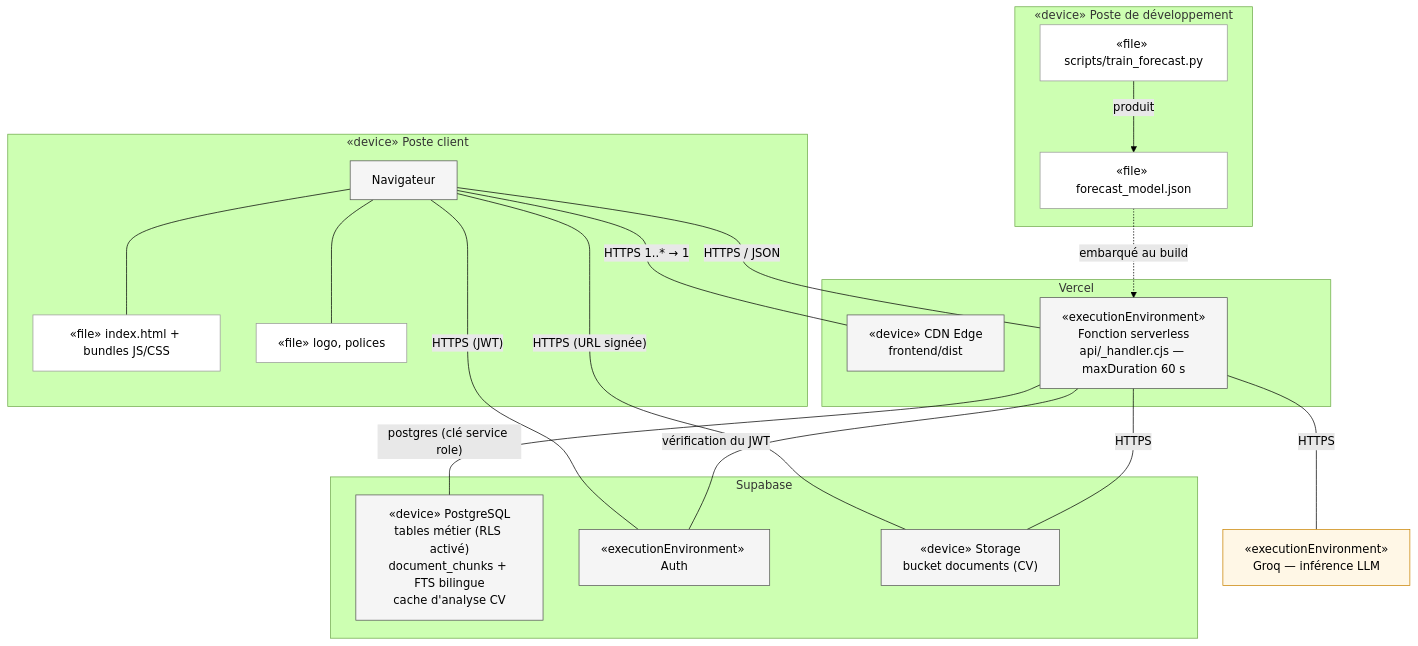
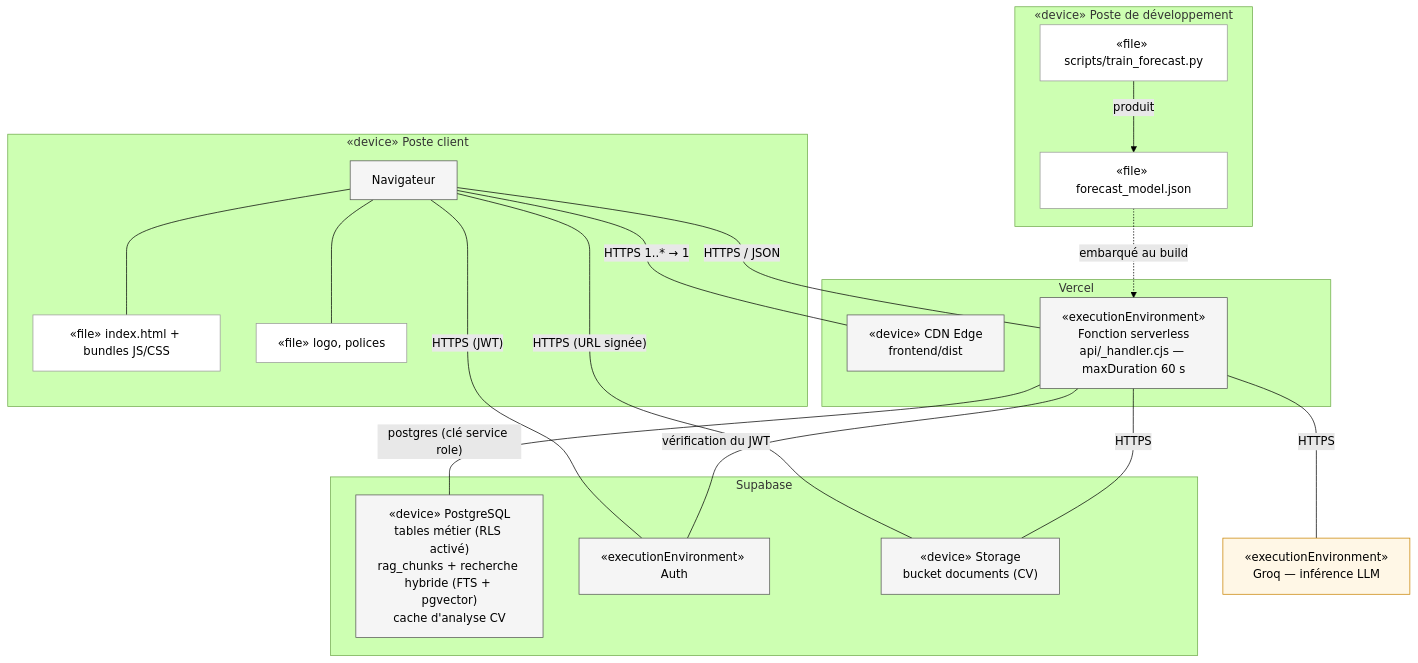
The diagram in docs/uml/mermaid/09-deploiement.mmd (Abdellahb9/PFA-V2), drawn with Mermaid (forest theme) before and after one commit. The commit also changed 4 other files, not shown here.

```diff
--- a/docs/uml/mermaid/09-deploiement.mmd
+++ b/docs/uml/mermaid/09-deploiement.mmd
@@ -1,46 +1,46 @@
 %% Déploiement en production — les noeuds sont rendus par des sous-graphes,
 %% les stéréotypes («device», «executionEnvironment») en texte.
 %% Version normative en PlantUML.
 flowchart TB
   classDef node fill:#f5f5f5,stroke:#555,color:#000
   classDef art fill:#fff,stroke:#999,color:#000
   classDef ext fill:#fff7e6,stroke:#C98300,color:#000
 
   subgraph CLIENT["«device» Poste client"]
     BROWSER["Navigateur"]:::node
     BUNDLE["«file» index.html + bundles JS/CSS"]:::art
     ASSETS["«file» logo, polices"]:::art
     BROWSER --- BUNDLE
     BROWSER --- ASSETS
   end
 
   subgraph VERCEL["Vercel"]
     CDN["«device» CDN Edge<br/>frontend/dist"]:::node
     FN["«executionEnvironment»<br/>Fonction serverless<br/>api/_handler.cjs — maxDuration 60 s"]:::node
   end
 
   subgraph SUPABASE["Supabase"]
-    PG["«device» PostgreSQL<br/>tables métier (RLS activé)<br/>document_chunks + FTS bilingue<br/>cache d'analyse CV"]:::node
+    PG["«device» PostgreSQL<br/>tables métier (RLS activé)<br/>rag_chunks + recherche hybride (FTS + pgvector)<br/>cache d'analyse CV"]:::node
     AUTH["«executionEnvironment» Auth"]:::node
     STORAGE["«device» Storage<br/>bucket documents (CV)"]:::node
   end
 
   GROQC["«executionEnvironment»<br/>Groq — inférence LLM"]:::ext
 
   subgraph DEV["«device» Poste de développement"]
     TRAIN["«file» scripts/train_forecast.py"]:::art
     MODEL["«file» forecast_model.json"]:::art
     TRAIN -->|produit| MODEL
   end
 
   BROWSER ---|"HTTPS  1..* → 1"| CDN
   BROWSER ---|"HTTPS / JSON"| FN
   BROWSER ---|"HTTPS (JWT)"| AUTH
   BROWSER ---|"HTTPS (URL signée)"| STORAGE
 
   FN ---|"postgres (clé service role)"| PG
   FN ---|HTTPS| STORAGE
   FN ---|"vérification du JWT"| AUTH
   FN ---|HTTPS| GROQC
 
   MODEL -.->|embarqué au build| FN
```
